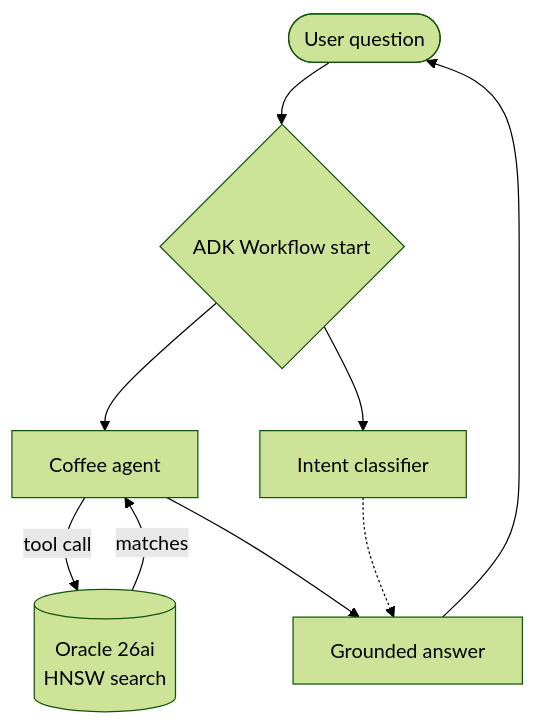
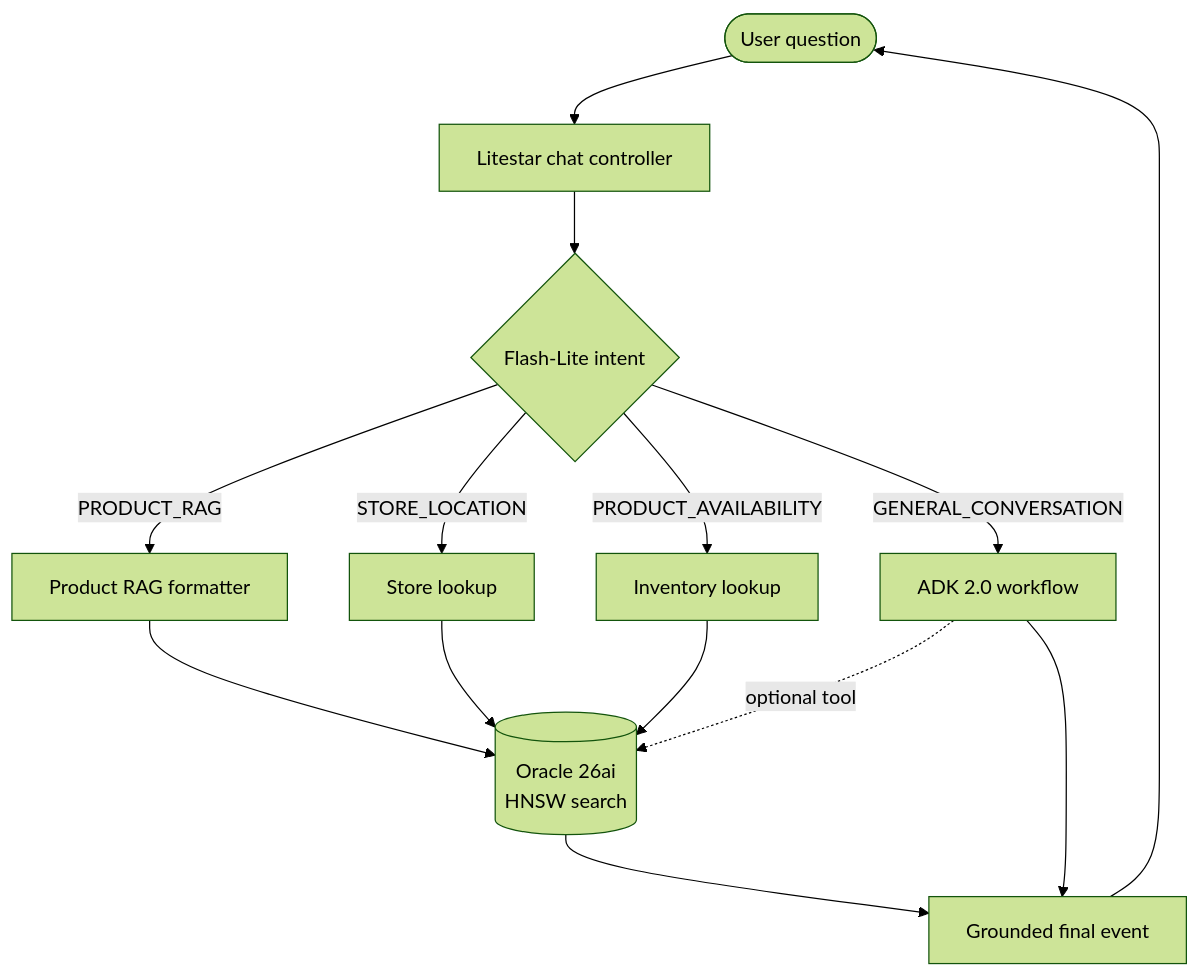
The diagram in docs/index.md (cofin/oracledb-vertexai-demo), drawn with Mermaid (forest theme) before and after one commit. The commit also changed other lines of this file and 44 other files, not shown here.

````diff
--- a/docs/index.md
+++ b/docs/index.md
@@ -36,11 +36,16 @@
 ```{mermaid}
 flowchart TD
-    U([User question]) --> S{ADK Workflow start}
-    S --> A[Coffee agent]
-    S --> I[Intent classifier]
-    A -- tool call --> O[(Oracle 26ai<br/>HNSW search)]
-    O -- matches --> A
-    A --> R[Grounded answer]
-    I -.-> R
+    U([User question]) --> C[Litestar chat controller]
+    C --> I{Flash-Lite intent}
+    I -->|PRODUCT_RAG| P[Product RAG formatter]
+    I -->|STORE_LOCATION| S[Store lookup]
+    I -->|PRODUCT_AVAILABILITY| V[Inventory lookup]
+    I -->|GENERAL_CONVERSATION| A[ADK 2.0 workflow]
+    P --> O[(Oracle 26ai<br/>HNSW search)]
+    S --> O
+    V --> O
+    A -. optional tool .-> O
+    O --> R[Grounded final event]
+    A --> R
     R --> U
 ```
````
